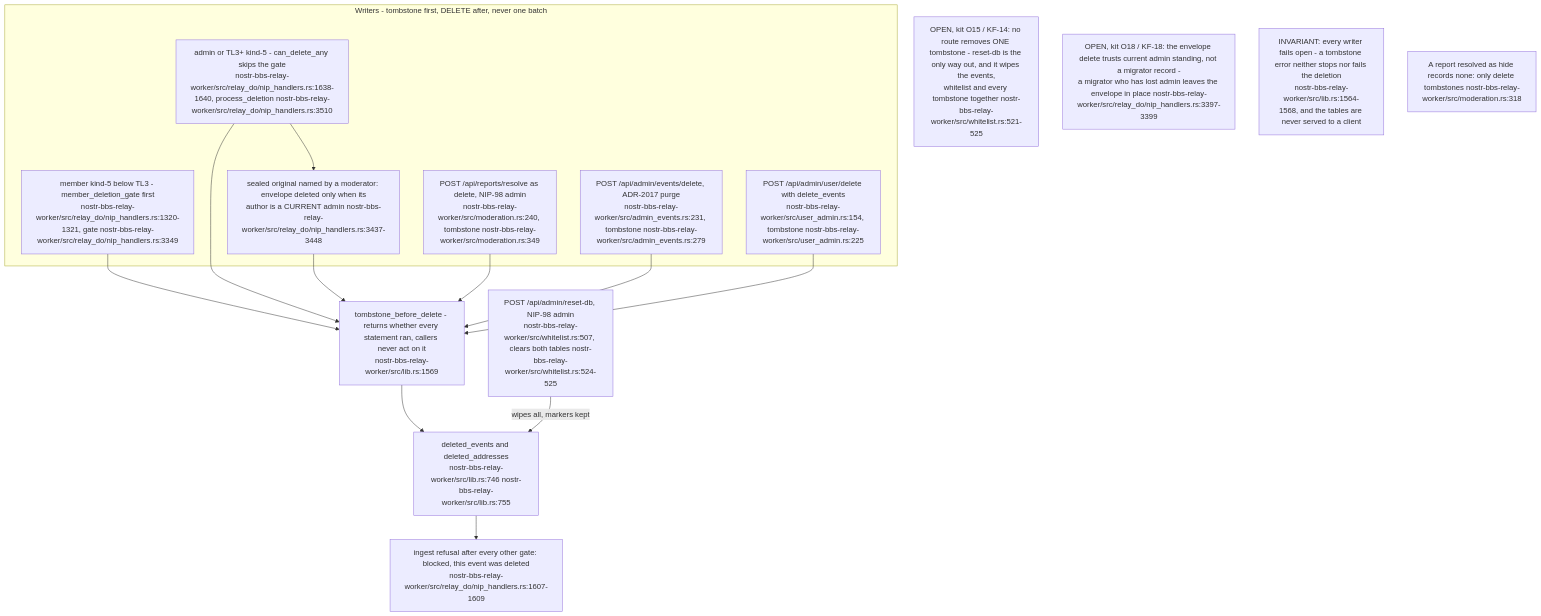
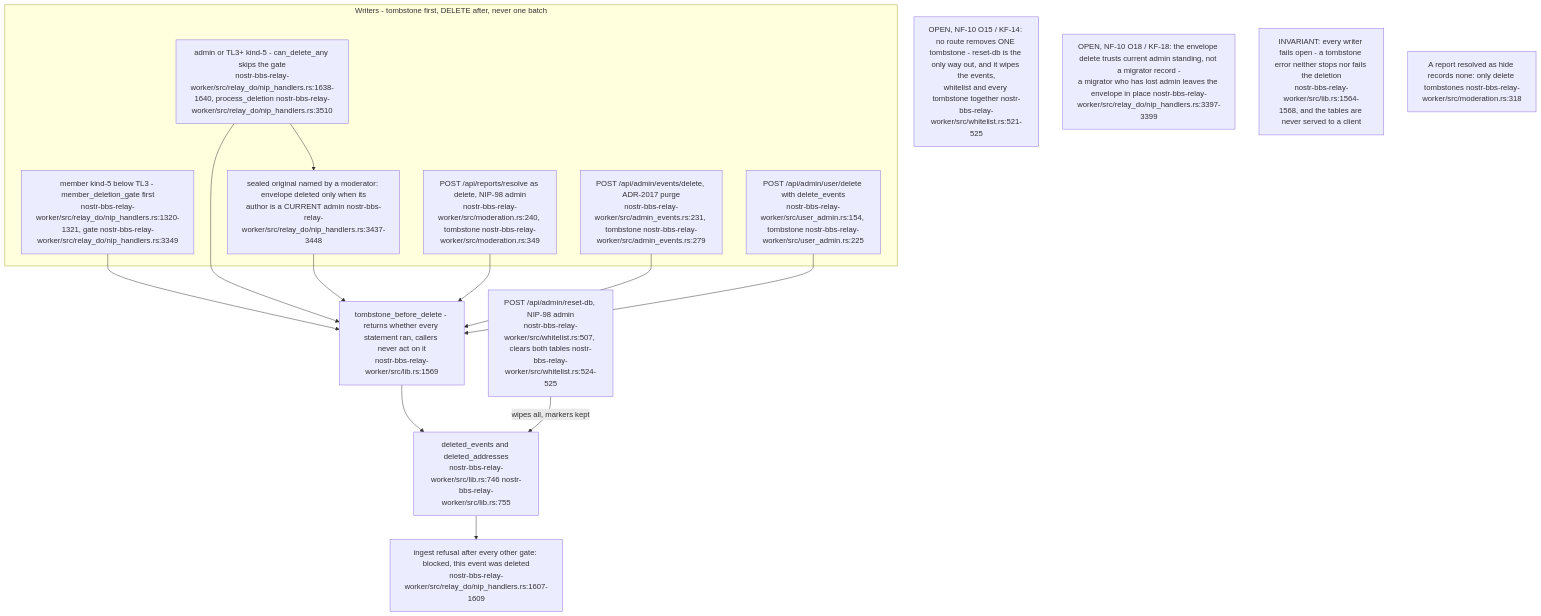
The tenth of 13 diagrams in docs/diagrams/nostr-rust-forum/08-config-zones-stores-and-admin-authority.md (DreamLab-AI/VisionFlow), drawn with Mermaid before and after one commit. The commit also changed other lines of this file and 13 other files, not shown here.

First line of the commit message:
diagrams(nostr-rust-forum): fold the last kit-only diagram content into the corpus

````diff
--- a/docs/diagrams/nostr-rust-forum/08-config-zones-stores-and-admin-authority.md
+++ b/docs/diagrams/nostr-rust-forum/08-config-zones-stores-and-admin-authority.md
@@ -376,29 +392,29 @@
 ```mermaid
 flowchart TB
     subgraph writers["Writers - tombstone first, DELETE after, never one batch"]
         K5["member kind-5 below TL3 - member_deletion_gate first<br/>nostr-bbs-relay-worker/src/relay_do/nip_handlers.rs:1320-1321, gate nostr-bbs-relay-worker/src/relay_do/nip_handlers.rs:3349"]
         K5ANY["admin or TL3+ kind-5 - can_delete_any skips the gate<br/>nostr-bbs-relay-worker/src/relay_do/nip_handlers.rs:1638-1640, process_deletion nostr-bbs-relay-worker/src/relay_do/nip_handlers.rs:3510"]
         ENV["sealed original named by a moderator: envelope deleted only when its<br/>author is a CURRENT admin nostr-bbs-relay-worker/src/relay_do/nip_handlers.rs:3437-3448"]
         REP["POST /api/reports/resolve as delete, NIP-98 admin<br/>nostr-bbs-relay-worker/src/moderation.rs:240, tombstone nostr-bbs-relay-worker/src/moderation.rs:349"]
         PURGE["POST /api/admin/events/delete, ADR-2017 purge<br/>nostr-bbs-relay-worker/src/admin_events.rs:231, tombstone nostr-bbs-relay-worker/src/admin_events.rs:279"]
         USR["POST /api/admin/user/delete with delete_events<br/>nostr-bbs-relay-worker/src/user_admin.rs:154, tombstone nostr-bbs-relay-worker/src/user_admin.rs:225"]
     end
     TB["deleted_events and deleted_addresses<br/>nostr-bbs-relay-worker/src/lib.rs:746 nostr-bbs-relay-worker/src/lib.rs:755"]
     FN["tombstone_before_delete - returns whether every statement ran, callers never act on it<br/>nostr-bbs-relay-worker/src/lib.rs:1569"]
     ING["ingest refusal after every other gate: blocked, this event was deleted<br/>nostr-bbs-relay-worker/src/relay_do/nip_handlers.rs:1607-1609"]
     RESET["POST /api/admin/reset-db, NIP-98 admin<br/>nostr-bbs-relay-worker/src/whitelist.rs:507, clears both tables nostr-bbs-relay-worker/src/whitelist.rs:524-525"]
 
     K5 --> FN
     K5ANY --> FN
     K5ANY --> ENV --> FN
     REP --> FN
     PURGE --> FN
     USR --> FN
     FN --> TB --> ING
     RESET -->|"wipes all, markers kept"| TB
 
-    N1["OPEN, kit O15 / KF-14: no route removes ONE tombstone - reset-db is the only way out, and it wipes the events,<br/>whitelist and every tombstone together nostr-bbs-relay-worker/src/whitelist.rs:521-525"]
-    N2["OPEN, kit O18 / KF-18: the envelope delete trusts current admin standing, not a migrator record -<br/>a migrator who has lost admin leaves the envelope in place nostr-bbs-relay-worker/src/relay_do/nip_handlers.rs:3397-3399"]
+    N1["OPEN, NF-10 O15 / KF-14: no route removes ONE tombstone - reset-db is the only way out, and it wipes the events,<br/>whitelist and every tombstone together nostr-bbs-relay-worker/src/whitelist.rs:521-525"]
+    N2["OPEN, NF-10 O18 / KF-18: the envelope delete trusts current admin standing, not a migrator record -<br/>a migrator who has lost admin leaves the envelope in place nostr-bbs-relay-worker/src/relay_do/nip_handlers.rs:3397-3399"]
     N3["INVARIANT: every writer fails open - a tombstone error neither stops nor fails the deletion<br/>nostr-bbs-relay-worker/src/lib.rs:1564-1568, and the tables are never served to a client"]
     N4["A report resolved as hide records none: only delete tombstones nostr-bbs-relay-worker/src/moderation.rs:318"]
 ```
````
